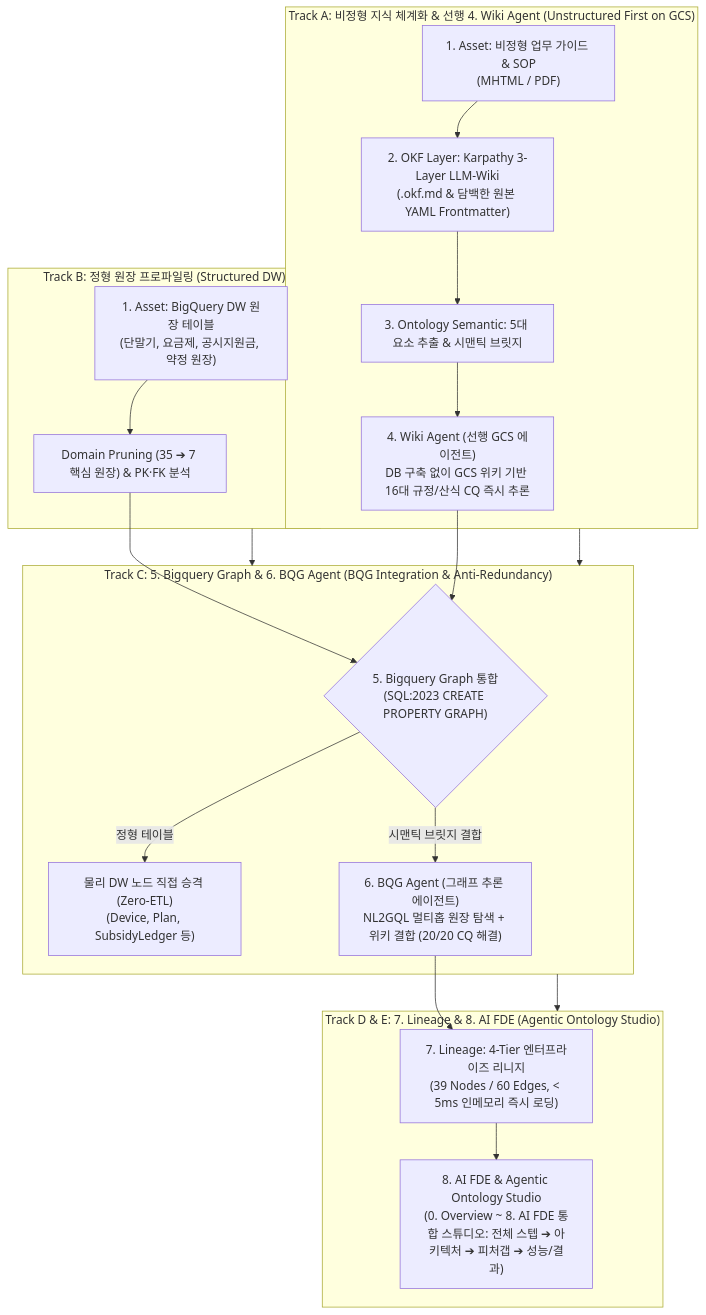
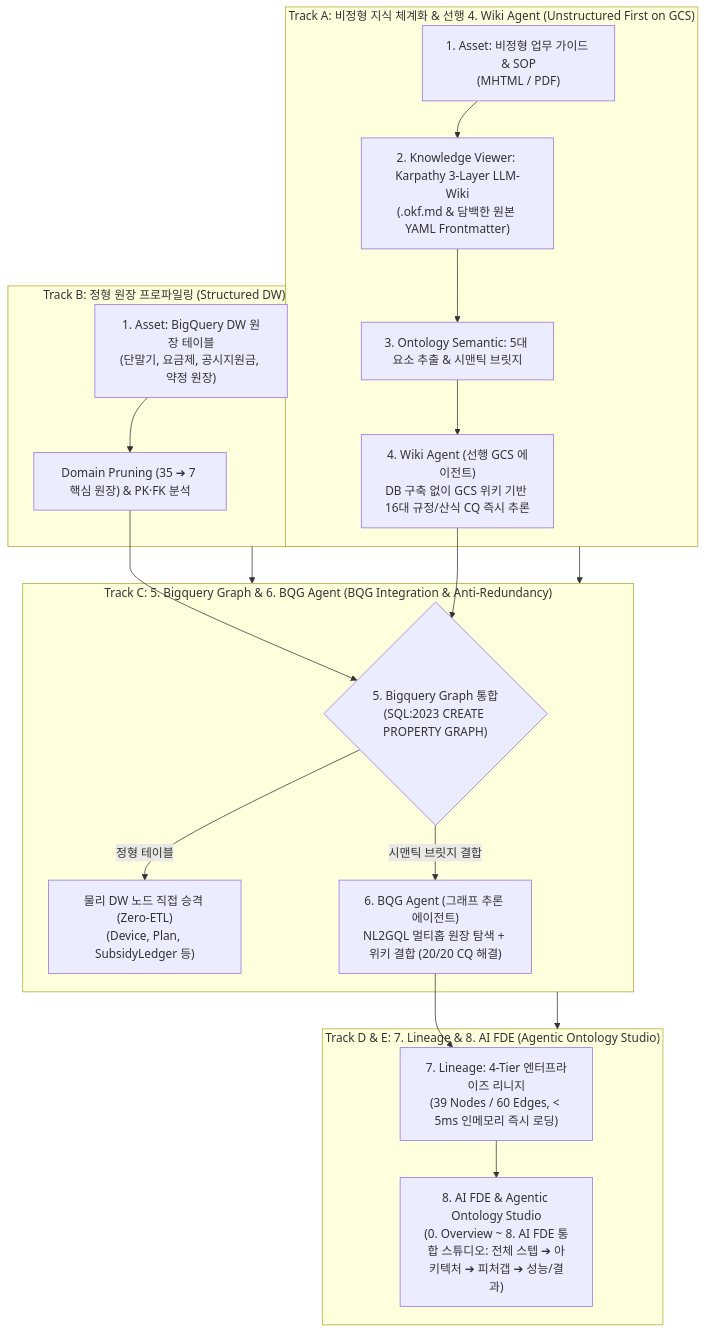
The diagram in methodology/README.md (seanjungG/agentic-ontology-starter), drawn with Mermaid before and after one commit. The commit also changed other lines of this file and 36 other files, not shown here.

Commit message:
feat(studio): apply Uplus Ontology Light Enterprise design parity and v2.0 6-Tab/8-MCP/Dual-Graph architecture

````diff
--- a/methodology/README.md
+++ b/methodology/README.md
@@ -16,27 +16,27 @@
 ```mermaid
 flowchart TD
     subgraph TrackA ["Track A: 비정형 지식 체계화 & 선행 4. Wiki Agent (Unstructured First on GCS)"]
-        RawDoc["1. Asset: 비정형 업무 가이드 & SOP<br/>(MHTML / PDF)"] --> OKF["2. OKF Layer: Karpathy 3-Layer LLM-Wiki<br/>(.okf.md & 담백한 원본 YAML Frontmatter)"]
+        RawDoc["1. Asset: 비정형 업무 가이드 & SOP<br/>(MHTML / PDF)"] --> OKF["2. Knowledge Viewer: Karpathy 3-Layer LLM-Wiki<br/>(.okf.md & 담백한 원본 YAML Frontmatter)"]
         OKF --> Semantic["3. Ontology Semantic: 5대 요소 추출 & 시맨틱 브릿지"]
         Semantic --> WikiAgent["4. Wiki Agent (선행 GCS 에이전트)<br/>DB 구축 없이 GCS 위키 기반 16대 규정/산식 CQ 즉시 추론"]
     end
 
     subgraph TrackB ["Track B: 정형 원장 프로파일링 (Structured DW)"]
         DWTable["1. Asset: BigQuery DW 원장 테이블<br/>(단말기, 요금제, 공시지원금, 약정 원장)"] --> SchemaProfile["Domain Pruning (35 ➔ 7 핵심 원장) & PK·FK 분석"]
     end
 
     subgraph TrackC ["Track C: 5. Bigquery Graph & 6. BQG Agent (BQG Integration & Anti-Redundancy)"]
         WikiAgent & SchemaProfile --> BQGIntegration{"5. Bigquery Graph 통합<br/>(SQL:2023 CREATE PROPERTY GRAPH)"}
         BQGIntegration -->|정형 테이블| DWNode["물리 DW 노드 직접 승격 (Zero-ETL)<br/>(Device, Plan, SubsidyLedger 등)"]
         BQGIntegration -->|시맨틱 브릿지 결합| BQGAgent["6. BQG Agent (그래프 추론 에이전트)<br/>NL2GQL 멀티홉 원장 탐색 + 위키 결합 (20/20 CQ 해결)"]
     end
 
     subgraph TrackD ["Track D & E: 7. Lineage & 8. AI FDE (Agentic Ontology Studio)"]
         BQGAgent --> Lineage["7. Lineage: 4-Tier 엔터프라이즈 리니지<br/>(39 Nodes / 60 Edges, < 5ms 인메모리 즉시 로딩)"]
         Lineage --> Studio["8. AI FDE & Agentic Ontology Studio<br/>(0. Overview ~ 8. AI FDE 통합 스튜디오: 전체 스텝 ➔ 아키텍처 ➔ 피처갭 ➔ 성능/결과)"]
     end
 
     TrackA --> TrackC
     TrackB --> TrackC
     TrackC --> TrackD
 ```
````
